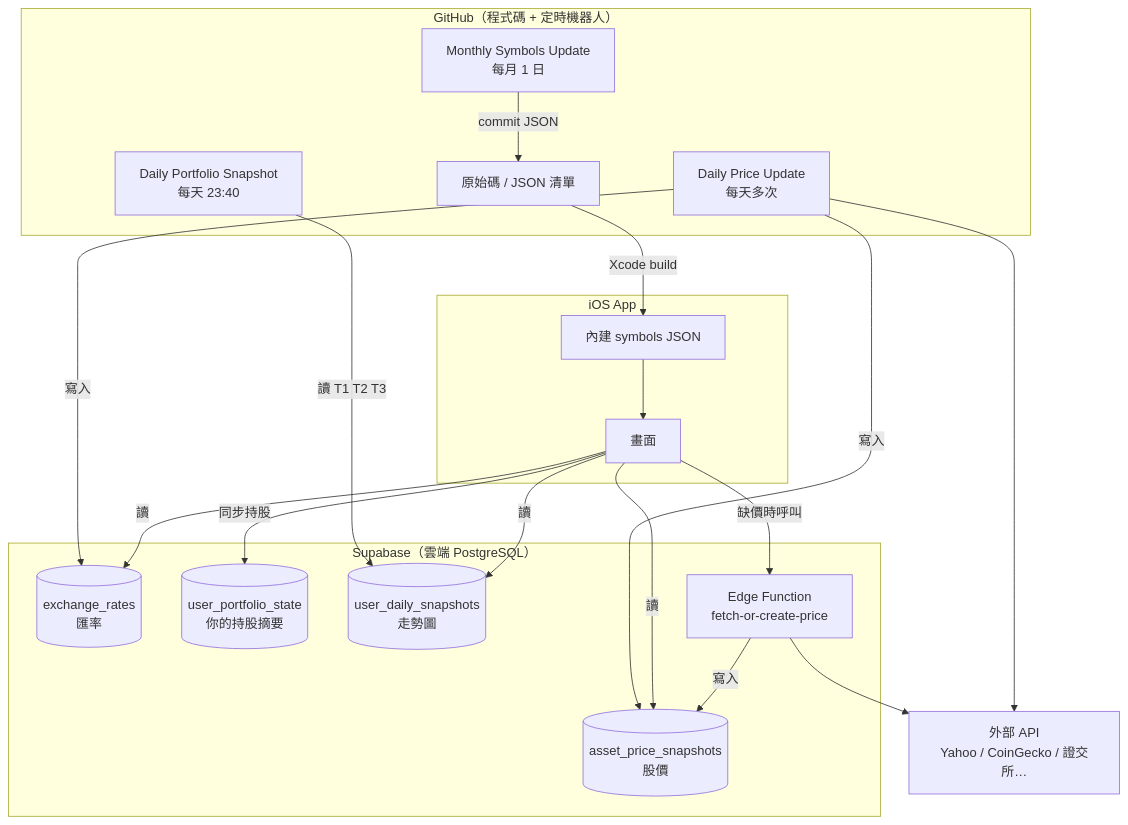
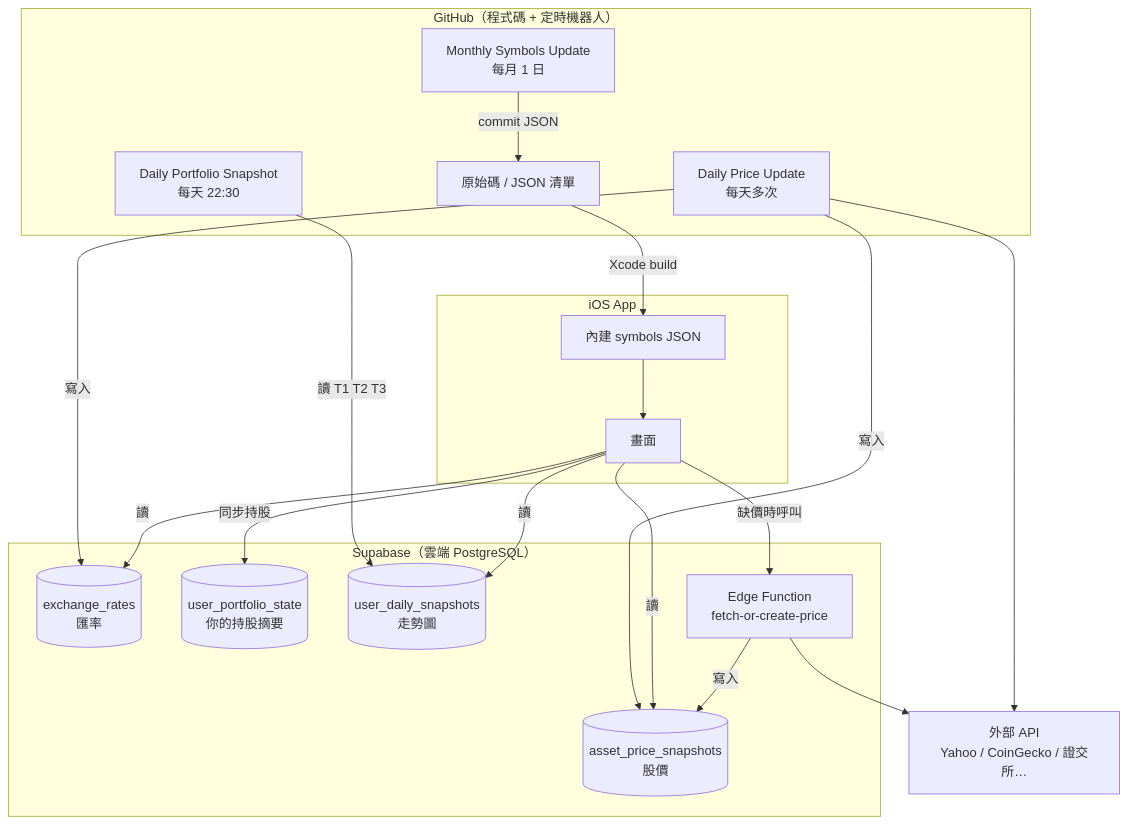
One commit to david04129/Snapvest changed the diagram in ENGINEERING_HANDBOOK.md. Above: the diagram before and after it, drawn with Mermaid. The commit also changed other lines of this file and 42 other files, not shown here.

````diff
--- a/ENGINEERING_HANDBOOK.md
+++ b/ENGINEERING_HANDBOOK.md
@@ -47,40 +47,40 @@
 ```mermaid
 flowchart TB
     subgraph GitHub["GitHub（程式碼 + 定時機器人）"]
         Code[原始碼 / JSON 清單]
         WF1[Monthly Symbols Update<br/>每月 1 日]
         WF2[Daily Price Update<br/>每天多次]
-        WF3[Daily Portfolio Snapshot<br/>每天 23:40]
+        WF3[Daily Portfolio Snapshot<br/>每天 22:30]
     end
 
     subgraph Supabase["Supabase（雲端 PostgreSQL）"]
         T1[(asset_price_snapshots<br/>股價)]
         T2[(exchange_rates<br/>匯率)]
         T3[(user_portfolio_state<br/>你的持股摘要)]
         T4[(user_daily_snapshots<br/>走勢圖)]
         EF[Edge Function<br/>fetch-or-create-price]
     end
 
     subgraph App["iOS App"]
         UI[畫面]
         Bundle[內建 symbols JSON]
     end
 
     Ext[外部 API<br/>Yahoo / CoinGecko / 證交所…]
 
     WF1 -->|commit JSON| Code
     Code -->|Xcode build| Bundle
     Bundle --> UI
 
     WF2 -->|寫入| T1
     WF2 -->|寫入| T2
     WF3 -->|讀 T1 T2 T3| T4
     UI -->|讀| T1
     UI -->|讀| T2
     UI -->|讀| T4
     UI -->|同步持股| T3
     UI -->|缺價時呼叫| EF
     EF --> Ext
     EF -->|寫入| T1
     WF2 --> Ext
 ```
````
